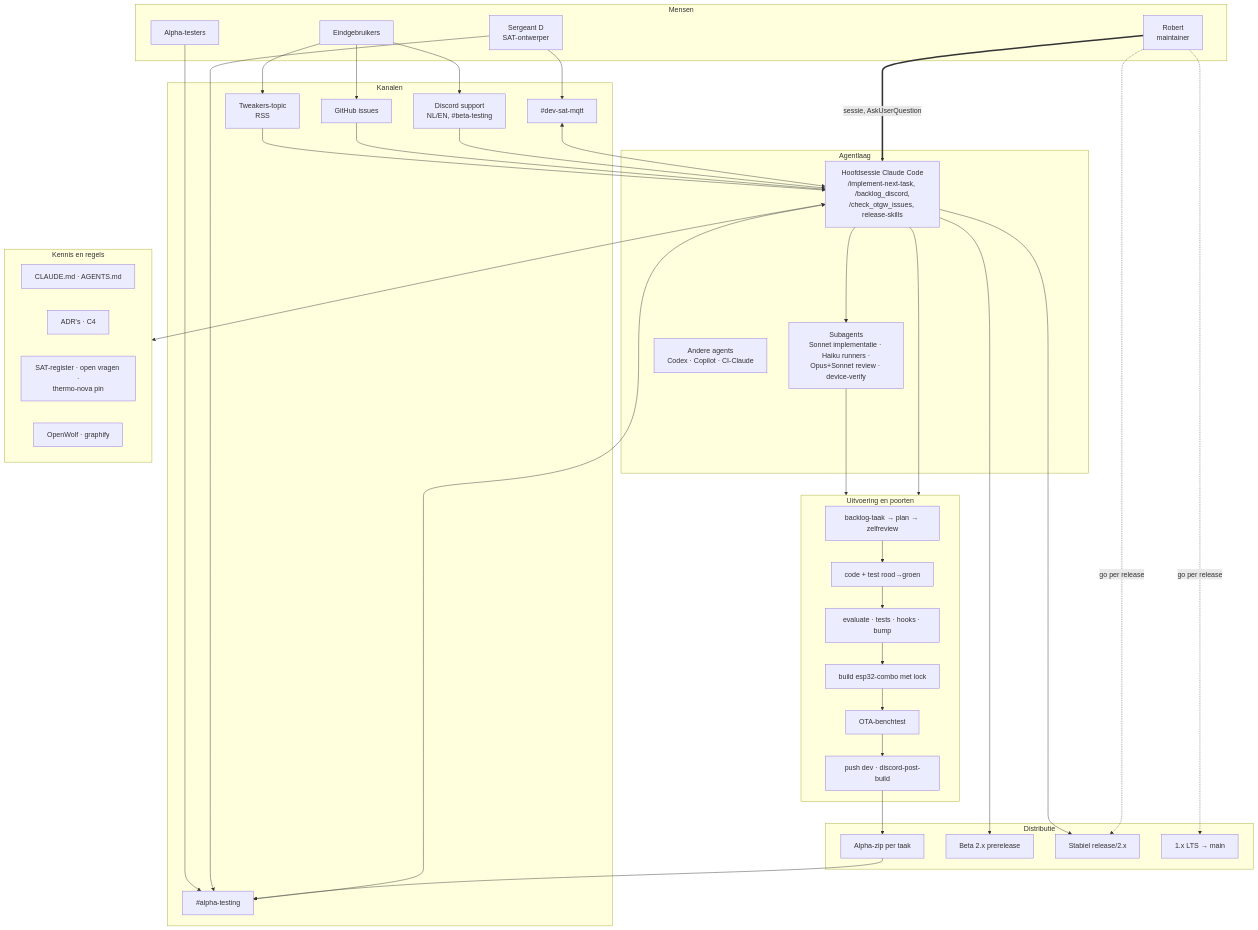
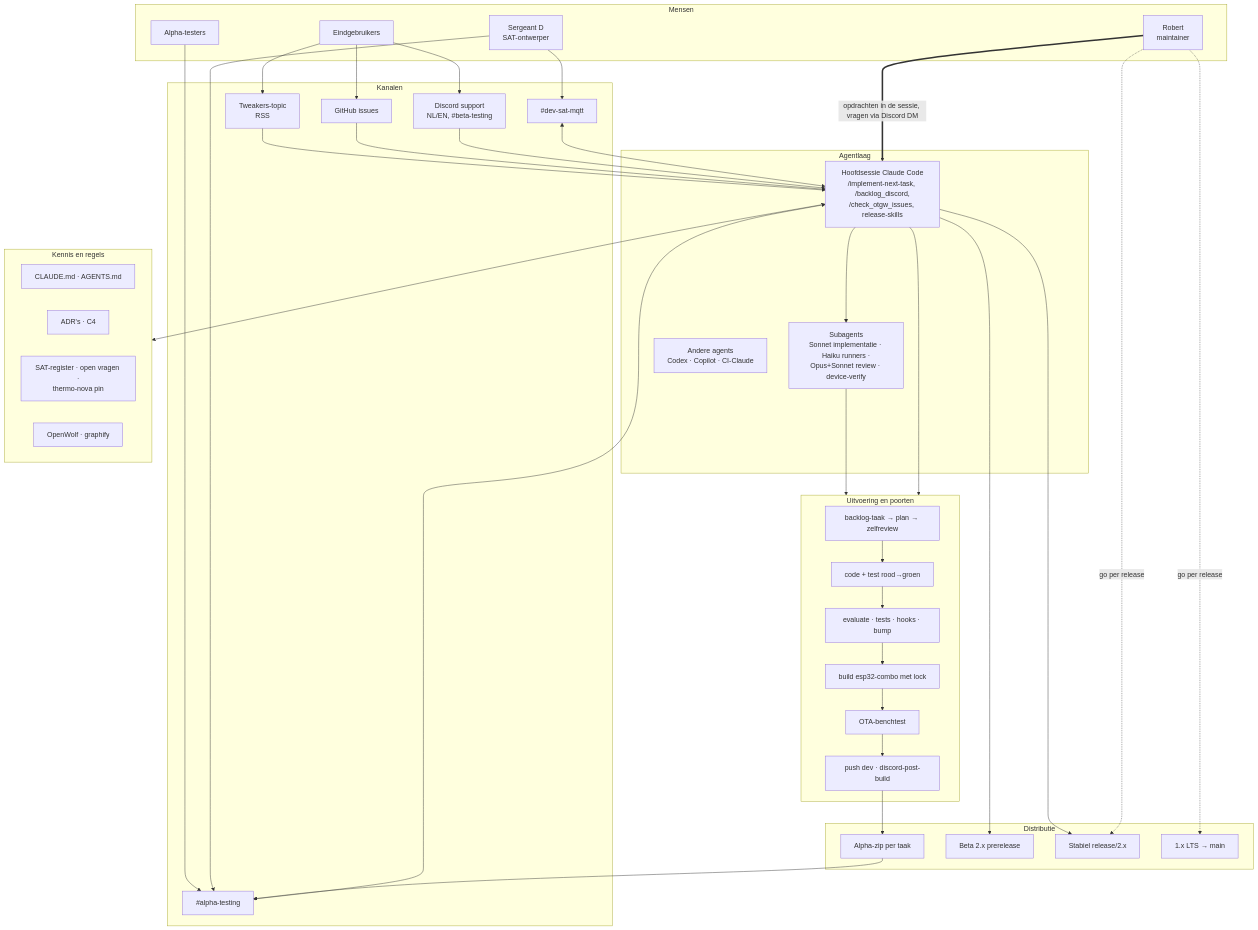
The first of 3 diagrams in docs/process/agentic-setup.md (rvdbreemen/OTGW-firmware), drawn with Mermaid before and after one commit. The commit also changed other lines of this file and 7 other files, not shown here.

First line of the commit message:
docs(process): TASK-1829 questions to Robert only by Discord DM, never an interactive CLI question

````diff
--- a/docs/process/agentic-setup.md
+++ b/docs/process/agentic-setup.md
@@ -81,56 +81,56 @@
 ```mermaid
 flowchart TB
   subgraph M[Mensen]
     EU[Eindgebruikers]
     AT[Alpha-testers]
     SD[Sergeant D<br/>SAT-ontwerper]
     RB[Robert<br/>maintainer]
   end
   subgraph K[Kanalen]
     TW[Tweakers-topic<br/>RSS]
     GH[GitHub issues]
     DS[Discord support<br/>NL/EN, #beta-testing]
     ALP[#alpha-testing]
     DEV[#dev-sat-mqtt]
   end
   subgraph A[Agentlaag]
     HS[Hoofdsessie Claude Code<br/>/implement-next-task, /backlog_discord,<br/>/check_otgw_issues, release-skills]
     SUB[Subagents<br/>Sonnet implementatie · Haiku runners ·<br/>Opus+Sonnet review · device-verify]
     OA[Andere agents<br/>Codex · Copilot · CI-Claude]
   end
   subgraph KN[Kennis en regels]
     R1[CLAUDE.md · AGENTS.md]
     R2[ADR's · C4]
     R3[SAT-register · open vragen ·<br/>thermo-nova pin]
     R4[OpenWolf · graphify]
   end
   subgraph U[Uitvoering en poorten]
     U1[backlog-taak → plan → zelfreview]
     U2[code + test rood→groen]
     U3[evaluate · tests · hooks · bump]
     U4[build esp32-combo met lock]
     U5[OTA-benchtest]
     U6[push dev · discord-post-build]
   end
   subgraph D[Distributie]
     D1[Alpha-zip per taak]
     D2[Beta 2.x prerelease]
     D3[Stabiel release/2.x]
     D4[1.x LTS → main]
   end
   EU --> TW & GH & DS
   AT --> ALP
   SD --> ALP & DEV
-  RB == sessie, AskUserQuestion ==> HS
+  RB == opdrachten in de sessie, vragen via Discord DM ==> HS
   TW & GH & DS --> HS
   ALP <--> HS
   DEV <--> HS
   HS --> SUB
   HS <--> KN
   SUB --> U
   HS --> U
   U1 --> U2 --> U3 --> U4 --> U5 --> U6
   U6 --> D1 --> ALP
   HS --> D2 & D3
   RB -. go per release .-> D3 & D4
 ```
````
